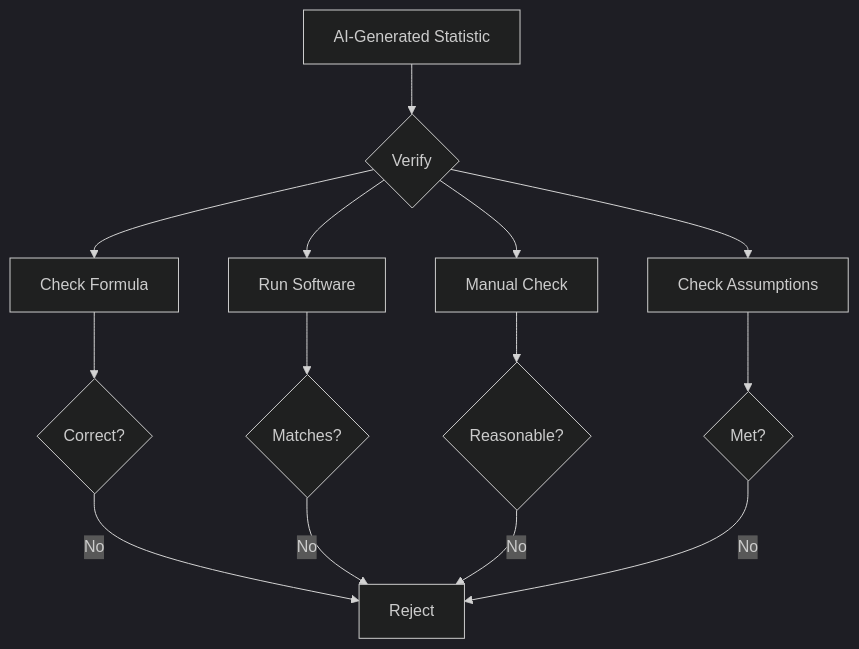
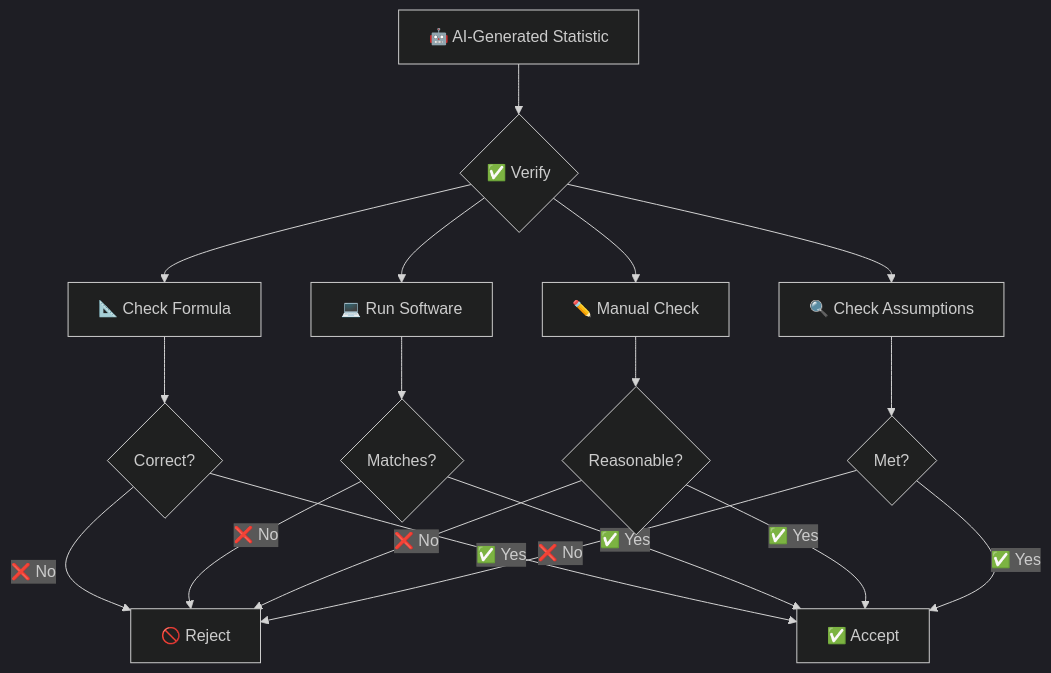
The seventh of 7 diagrams in 02-central-tendency.md (muhammadsalek/statistics-for-scientists), drawn with Mermaid (dark theme) before and after one commit. The commit also changed other lines of this file, not shown here.

````diff
--- a/02-central-tendency.md
+++ b/02-central-tendency.md
@@ -1235,16 +2624,20 @@
 ```mermaid
 flowchart TD
-    A[AI-Generated Statistic] --> B{Verify}
-    B --> C[Check Formula]
-    B --> D[Run Software]
-    B --> E[Manual Check]
-    B --> F[Check Assumptions]
-    C --> G{Correct?}
-    D --> H{Matches?}
-    E --> I{Reasonable?}
-    F --> J{Met?}
-    G -->|No| K[Reject]
-    H -->|No| K
-    I -->|No| K
-    J -->|No| K
+    A["🤖 AI-Generated Statistic"] --> B{"✅ Verify"}
+    B --> C["📐 Check Formula"]
+    B --> D["💻 Run Software"]
+    B --> E["✏️ Manual Check"]
+    B --> F["🔍 Check Assumptions"]
+    C --> G{"Correct?"}
+    D --> H{"Matches?"}
+    E --> I{"Reasonable?"}
+    F --> J{"Met?"}
+    G -->|"❌ No"| K["🚫 Reject"]
+    H -->|"❌ No"| K
+    I -->|"❌ No"| K
+    J -->|"❌ No"| K
+    G -->|"✅ Yes"| L["✅ Accept"]
+    H -->|"✅ Yes"| L
+    I -->|"✅ Yes"| L
+    J -->|"✅ Yes"| L
 ```
````
